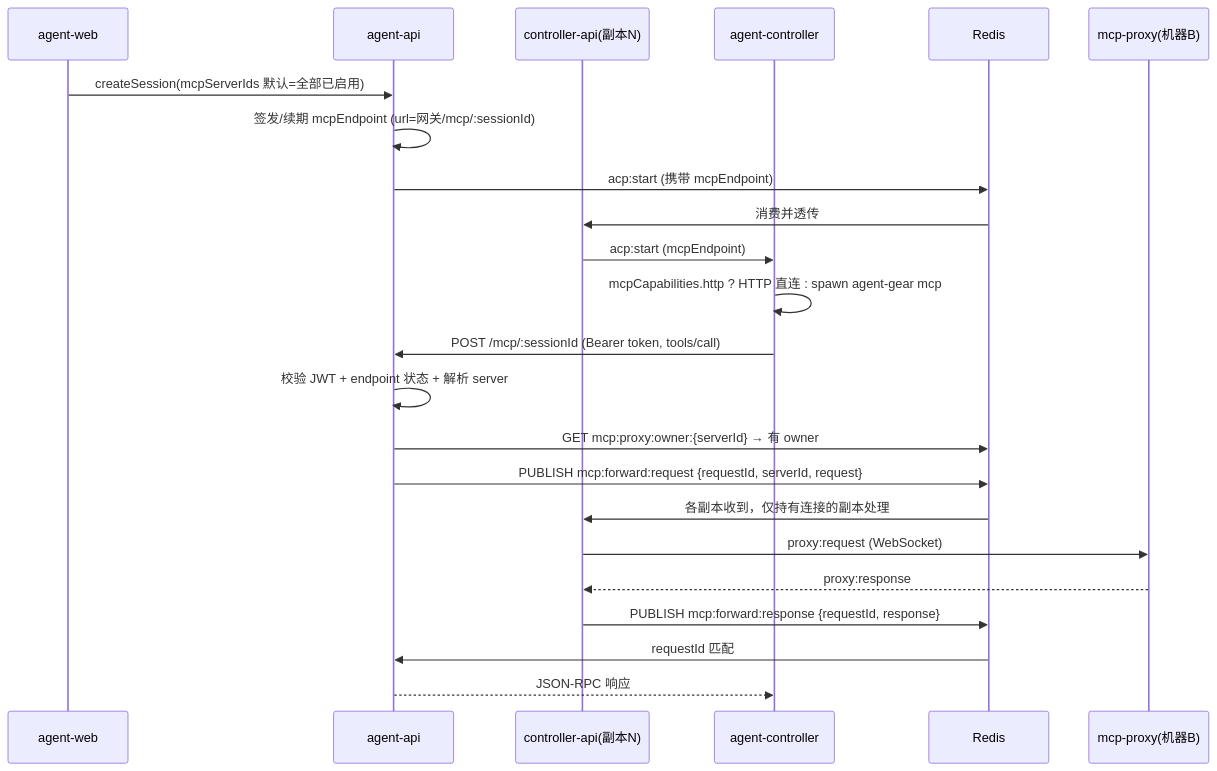
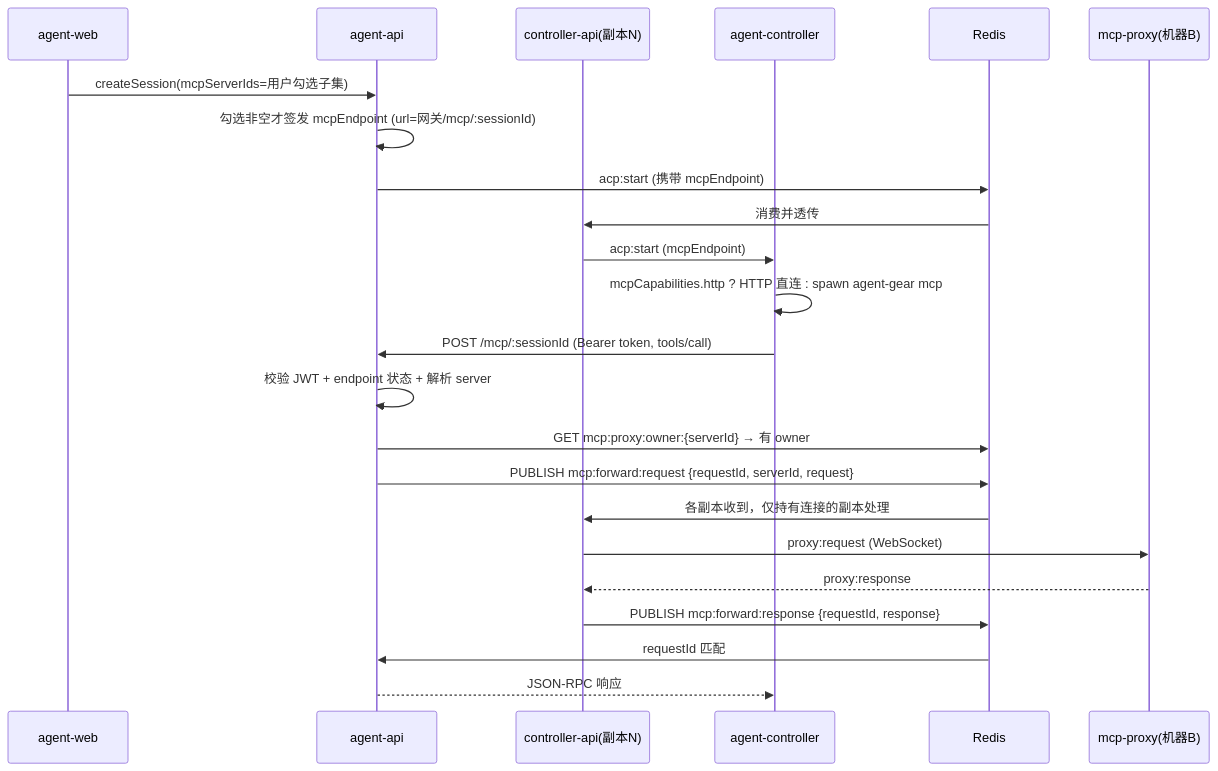
Before and after one commit to Deliay/z-agent-gear: the second of 2 diagrams in docs/engineering/proposals/20260804-feat-integrated-mcp-registry.md, drawn with Mermaid. The commit also changed other lines of this file and 1 other file, not shown here.

````diff
--- a/docs/engineering/proposals/20260804-feat-integrated-mcp-registry.md
+++ b/docs/engineering/proposals/20260804-feat-integrated-mcp-registry.md
@@ -199,26 +203,26 @@
 ```mermaid
 sequenceDiagram
     participant W as agent-web
     participant A as agent-api
     participant C as controller-api(副本N)
     participant G as agent-controller
     participant R as Redis
     participant P as mcp-proxy(机器B)
 
-    W->>A: createSession(mcpServerIds 默认=全部已启用)
-    A->>A: 签发/续期 mcpEndpoint (url=网关/mcp/:sessionId)
+    W->>A: createSession(mcpServerIds=用户勾选子集)
+    A->>A: 勾选非空才签发 mcpEndpoint (url=网关/mcp/:sessionId)
     A->>R: acp:start (携带 mcpEndpoint)
     R->>C: 消费并透传
     C->>G: acp:start (mcpEndpoint)
     G->>G: mcpCapabilities.http ? HTTP 直连 : spawn agent-gear mcp
     G->>A: POST /mcp/:sessionId (Bearer token, tools/call)
     A->>A: 校验 JWT + endpoint 状态 + 解析 server
     A->>R: GET mcp:proxy:owner:{serverId} → 有 owner
     A->>R: PUBLISH mcp:forward:request {requestId, serverId, request}
     R->>C: 各副本收到，仅持有连接的副本处理
     C->>P: proxy:request (WebSocket)
     P-->>C: proxy:response
     C->>R: PUBLISH mcp:forward:response {requestId, response}
     R->>A: requestId 匹配
     A-->>G: JSON-RPC 响应
 ```
````
